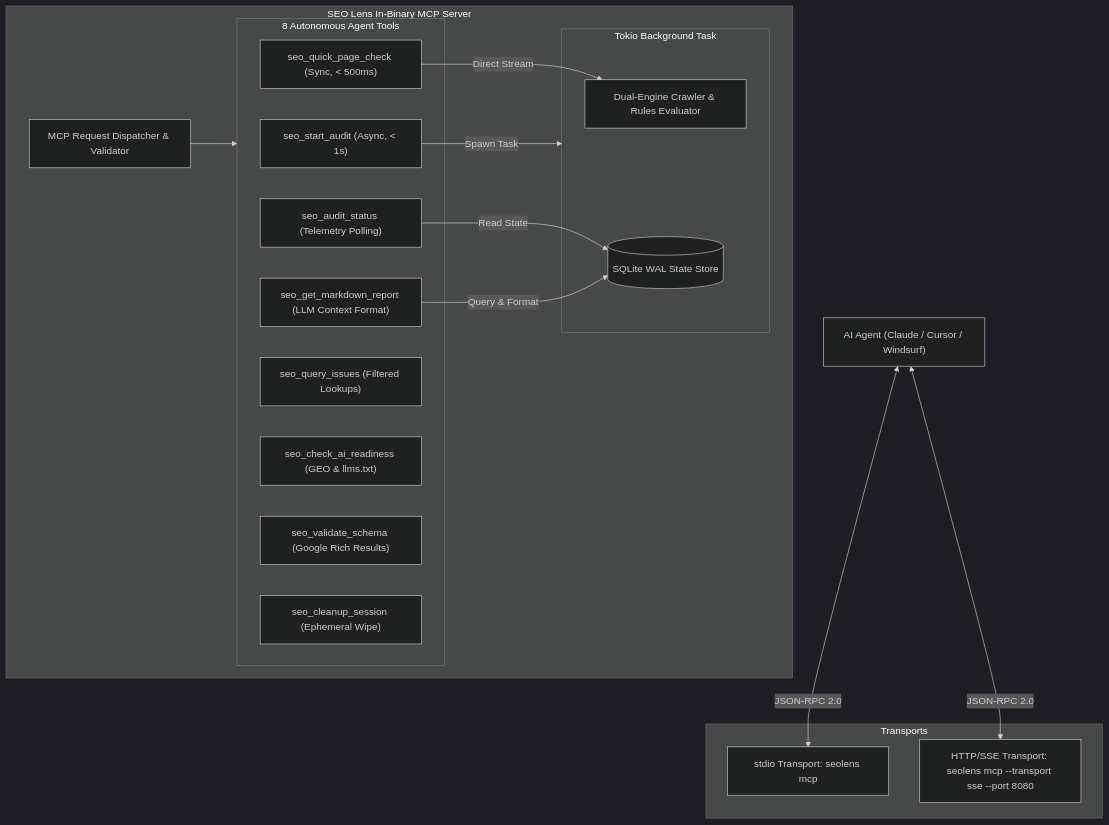
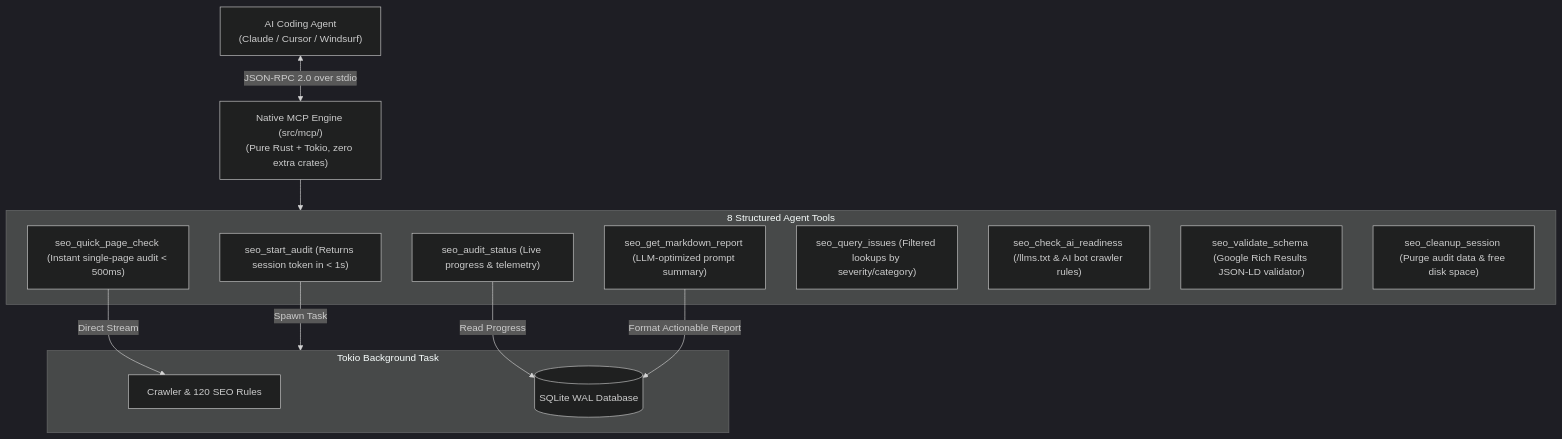
Before and after one commit to Shantodotdev/blacksparrow: the diagram in docs/MCP_SPECIFICATION.md, drawn with Mermaid (dark theme). The commit also changed other lines of this file and 6 other files, not shown here.

Commit message:
docs: modernize architecture, cli, and mcp reference guides for contributors

````diff
--- a/docs/MCP_SPECIFICATION.md
+++ b/docs/MCP_SPECIFICATION.md
@@ -19,38 +34,28 @@
 ```mermaid
 flowchart TD
-    Agent["AI Agent (Claude / Cursor / Windsurf)"]
-    
-    subgraph Transports
-        Stdio["stdio Transport: seolens mcp"]
-        SSE["HTTP/SSE Transport: seolens mcp --transport sse --port 8080"]
+    Agent["AI Coding Agent\n(Claude / Cursor / Windsurf)"]
+
+    Agent <-->|JSON-RPC 2.0 over stdio| MCPCore["Native MCP Engine (src/mcp/)\n(Pure Rust + Tokio, zero extra crates)"]
+
+    subgraph ToolSuite ["8 Structured Agent Tools"]
+        T1["seo_start_audit (Returns session token in < 1s)"]
+        T2["seo_audit_status (Live progress & telemetry)"]
+        T3["seo_get_markdown_report (LLM-optimized prompt summary)"]
+        T4["seo_quick_page_check (Instant single-page audit < 500ms)"]
+        T5["seo_query_issues (Filtered lookups by severity/category)"]
+        T6["seo_check_ai_readiness (/llms.txt & AI bot crawler rules)"]
+        T7["seo_validate_schema (Google Rich Results JSON-LD validator)"]
+        T8["seo_cleanup_session (Purge audit data & free disk space)"]
     end
-    
-    Agent <-->|JSON-RPC 2.0| Stdio
-    Agent <-->|JSON-RPC 2.0| SSE
-    
-    subgraph Server ["SEO Lens In-Binary MCP Server"]
-        Dispatcher["MCP Request Dispatcher & Validator"]
-        
-        subgraph ToolSet ["8 Autonomous Agent Tools"]
-            T1["seo_start_audit (Async, < 1s)"]
-            T2["seo_audit_status (Telemetry Polling)"]
-            T3["seo_get_markdown_report (LLM Context Format)"]
-            T4["seo_quick_page_check (Sync, < 500ms)"]
-            T5["seo_query_issues (Filtered Lookups)"]
-            T6["seo_check_ai_readiness (GEO & llms.txt)"]
-            T7["seo_validate_schema (Google Rich Results)"]
-            T8["seo_cleanup_session (Ephemeral Wipe)"]
-        end
-        
-        subgraph BackgroundTask ["Tokio Background Task"]
-            Engine["Dual-Engine Crawler & Rules Evaluator"]
-            State[(SQLite WAL State Store)]
-        end
+
+    subgraph BackgroundWorker ["Tokio Background Task"]
+        Crawler["Crawler & 120 SEO Rules"]
+        Storage[(SQLite WAL Database)]
     end
-    
-    Dispatcher --> ToolSet
-    T1 -->|Spawn Task| BackgroundTask
-    T2 -->|Read State| State
-    T3 -->|Query & Format| State
-    T4 -->|Direct Stream| Engine
+
+    MCPCore --> ToolSuite
+    T1 -->|Spawn Task| BackgroundWorker
+    T2 -->|Read Progress| Storage
+    T3 -->|Format Actionable Report| Storage
+    T4 -->|Direct Stream| Crawler
 ```
````
